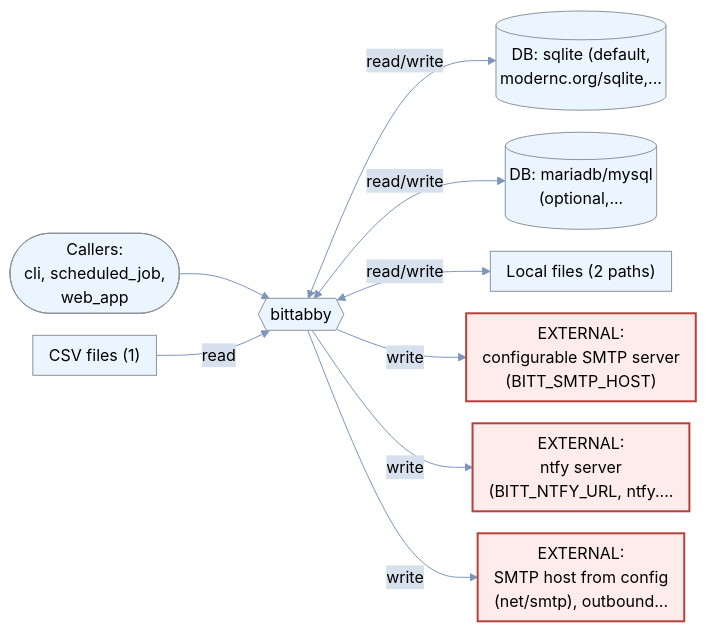
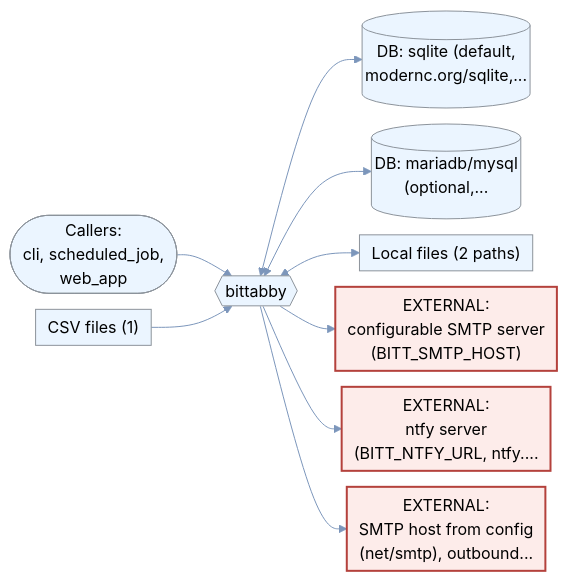
The seventh of 42 diagrams in outputs/johnzastrow_Summary.md (johnzastrow/Roux7375Testresults), drawn with Mermaid before and after one commit. The commit also changed other lines of this file, not shown here.

First line of the commit message:
Enlarge data flow diagram text for letter-size printing

````diff
--- a/outputs/johnzastrow_Summary.md
+++ b/outputs/johnzastrow_Summary.md
@@ -682,22 +682,22 @@
 ```mermaid
-%%{init: {"theme":"base","flowchart":{"useMaxWidth":true,"nodeSpacing":22,"rankSpacing":45,"padding":8},"themeVariables":{"background":"#ffffff","primaryColor":"#ebf5ff","primaryTextColor":"#000000","primaryBorderColor":"#8c939b","lineColor":"#7c96bb","secondaryColor":"#d7e1ee","tertiaryColor":"#c3d2e5","fontFamily":"\"Inter\", \"Noto Sans SC\", sans-serif","fontSize":"14","pie1":"#b4413c","pie2":"#d9893b","pie3":"#7c96bb","pie4":"#73A78D","pie5":"#CB9B7A","pie6":"#6B8CAE","pie7":"#c3d2e5","pie8":"#8c939b"}}}%%
+%%{init: {"theme":"base","flowchart":{"useMaxWidth":true,"nodeSpacing":16,"rankSpacing":38,"padding":6},"themeVariables":{"background":"#ffffff","primaryColor":"#ebf5ff","primaryTextColor":"#000000","primaryBorderColor":"#8c939b","lineColor":"#7c96bb","secondaryColor":"#d7e1ee","tertiaryColor":"#c3d2e5","fontFamily":"\"Inter\", \"Noto Sans SC\", sans-serif","fontSize":"17","pie1":"#b4413c","pie2":"#d9893b","pie3":"#7c96bb","pie4":"#73A78D","pie5":"#CB9B7A","pie6":"#6B8CAE","pie7":"#c3d2e5","pie8":"#8c939b"}}}%%
 flowchart LR
     APP{{"bittabby"}}
     U(["Callers:<br>cli, scheduled_job,<br>web_app"]) --> APP
     D1[("DB: sqlite (default,<br>modernc.org/sqlite,...")]
-    APP <-->|read/write| D1
+    APP <--> D1
     D2[("DB: mariadb/mysql<br>(optional,...")]
-    APP <-->|read/write| D2
+    APP <--> D2
     O3["CSV files (1)"]
-    O3 -->|read| APP
+    O3 --> APP
     F4["Local files (2 paths)"]
-    APP <-->|read/write| F4
+    APP <--> F4
     E5["EXTERNAL:<br>configurable SMTP server<br>(BITT_SMTP_HOST)"]
-    APP -->|write| E5
+    APP --> E5
     E6["EXTERNAL:<br>ntfy server<br>(BITT_NTFY_URL, ntfy...."]
-    APP -->|write| E6
+    APP --> E6
     E7["EXTERNAL:<br>SMTP host from config<br>(net/smtp), outbound..."]
-    APP -->|write| E7
+    APP --> E7
     class E5,E6,E7 ext
     classDef ext fill:#fdecea,stroke:#b4413c,stroke-width:2px,color:#000000
 ```
````
